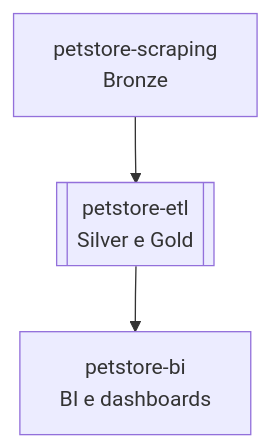
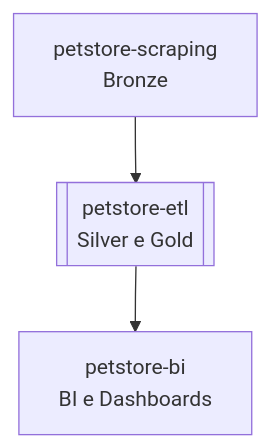
The diagram in README.md (rafa-trindade/petstore-etl), drawn with Mermaid before and after one commit.

````diff
--- a/README.md
+++ b/README.md
@@ -29,5 +29,5 @@
 ```mermaid
 graph TD
     A[petstore-scraping<br>Bronze] --> B[[petstore-etl<br>Silver e Gold]]
-    B --> C[petstore-bi<br>BI e dashboards]
+    B --> C[petstore-bi<br>BI e Dashboards]
 ```
````
